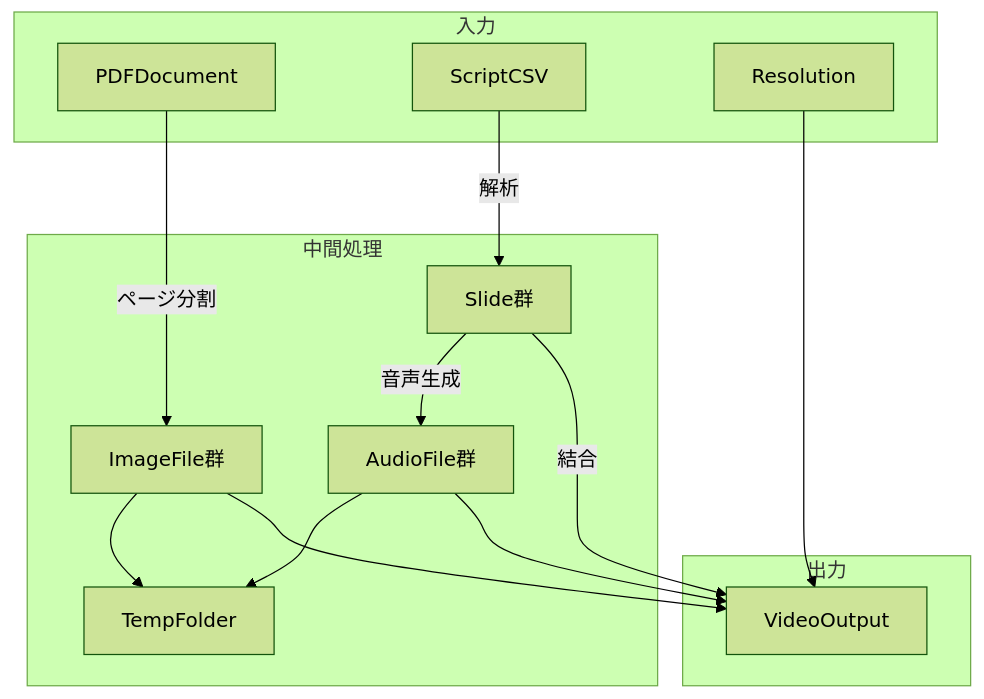
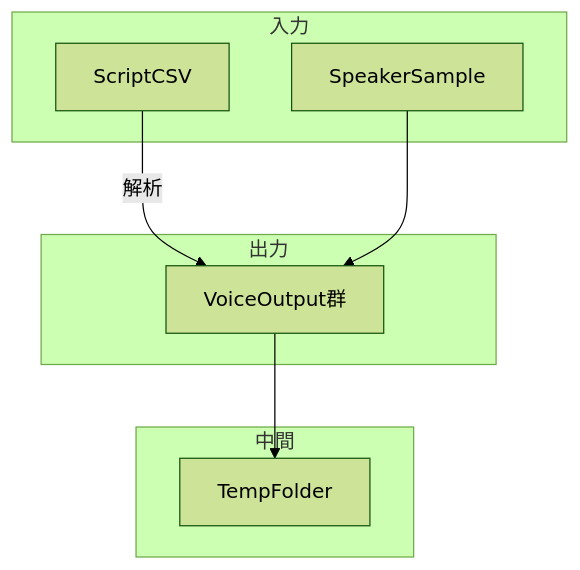
One commit to J1921604/MyVoice-Maker changed the third of 3 diagrams in specs/001-MyVoice-Maker/data-model.md. Above: the diagram before and after it, drawn with Mermaid (forest theme). The commit also changed other lines of this file and 35 other files, not shown here.

````diff
--- a/specs/001-MyVoice-Maker/data-model.md
+++ b/specs/001-MyVoice-Maker/data-model.md
@@ -148,30 +100,19 @@
 ```mermaid
 flowchart TD
     subgraph 入力
-        PDF[PDFDocument]
         CSV[ScriptCSV]
-        RES[Resolution]
+        SAMPLE[SpeakerSample]
     end
-    
-    subgraph 中間処理
+
+    subgraph 中間
         TEMP[TempFolder]
-        IMG[ImageFile群]
-        AUD[AudioFile群]
-        SLIDE[Slide群]
     end
-    
+
     subgraph 出力
-        VIDEO[VideoOutput]
+        MP3[VoiceOutput群]
     end
-    
-    PDF --> |ページ分割| IMG
-    CSV --> |解析| SLIDE
-    IMG --> TEMP
-    AUD --> TEMP
-    RES --> VIDEO
-    
-    SLIDE --> |音声生成| AUD
-    SLIDE --> |結合| VIDEO
-    IMG --> VIDEO
-    AUD --> VIDEO
+
+    CSV --> |解析| MP3
+    SAMPLE --> MP3
+    MP3 --> TEMP
 ```
````
